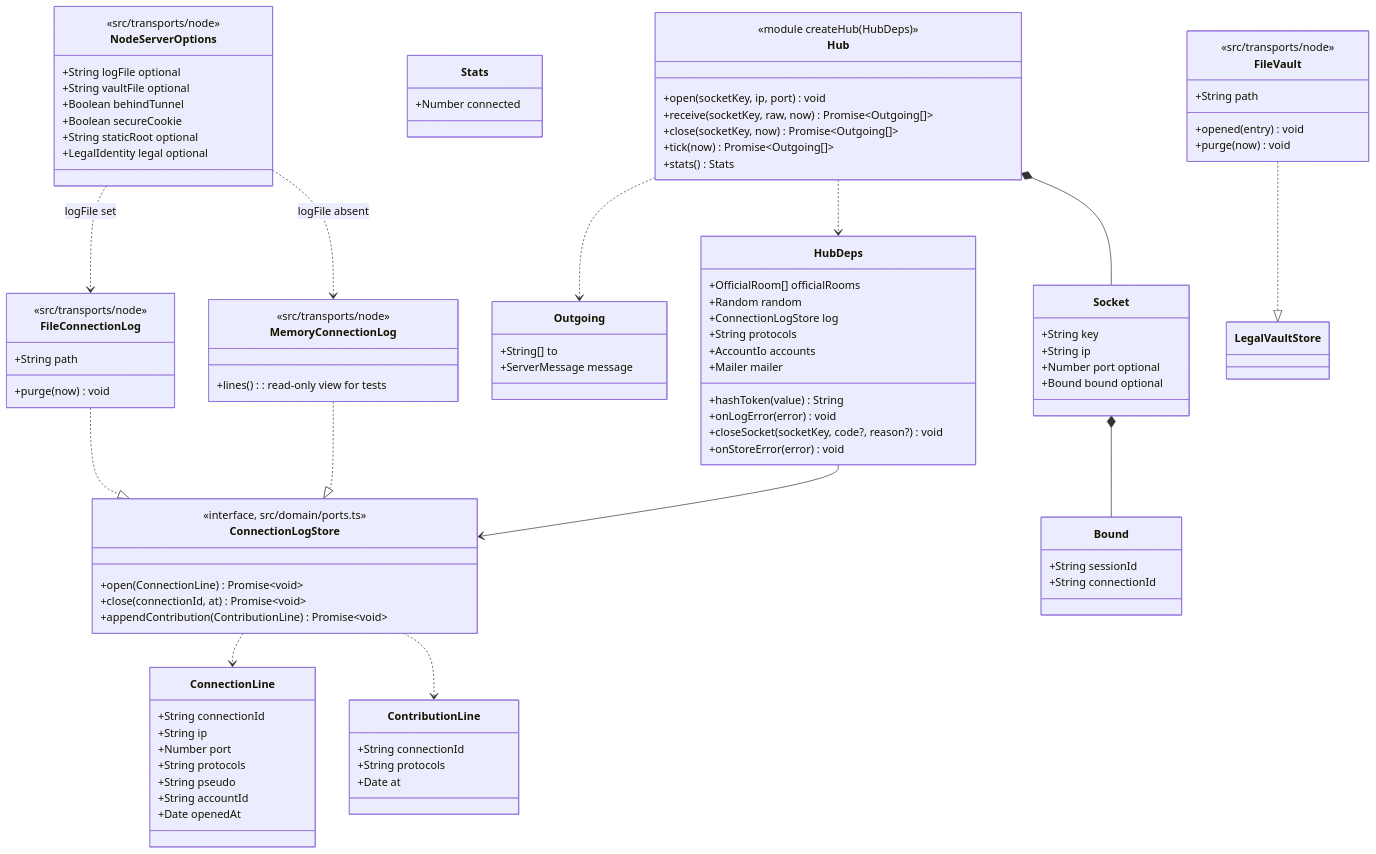
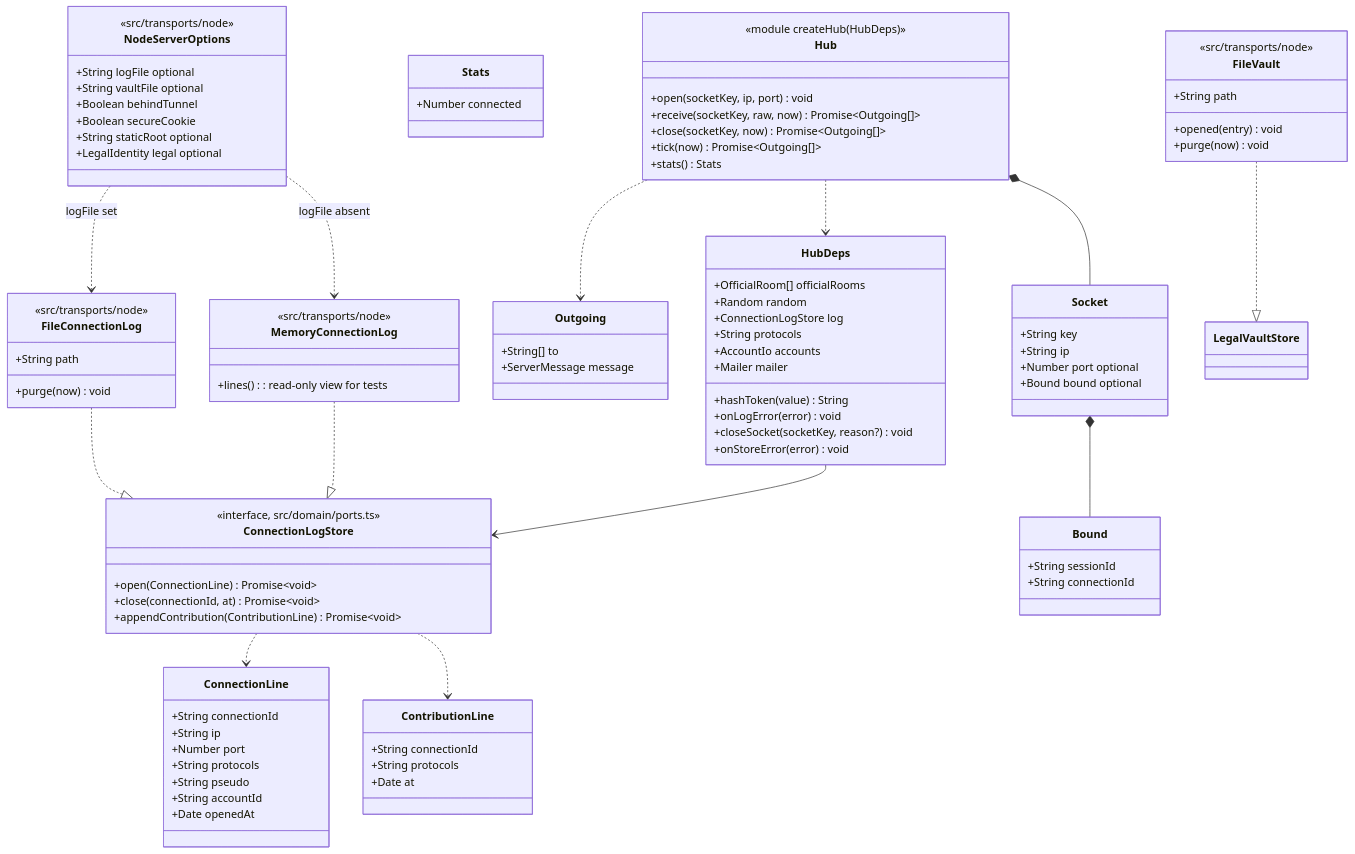
Before and after one commit to benoit-bremaud/asv: the first of 2 diagrams in docs/architecture/diagrams/platform/04c-class-server-hub.md, drawn with Mermaid. The commit also changed other lines of this file and 7 other files, not shown here.

```diff
--- a/docs/architecture/diagrams/platform/04c-class-server-hub.md
+++ b/docs/architecture/diagrams/platform/04c-class-server-hub.md
@@ -32,7 +32,7 @@
     +ConnectionLogStore log
     +String protocols
     +onLogError(error) void
-    +closeSocket(socketKey, code?, reason?) void
+    +closeSocket(socketKey, reason?) void
     +AccountIo accounts
     +Mailer mailer
     +onStoreError(error) void
```
